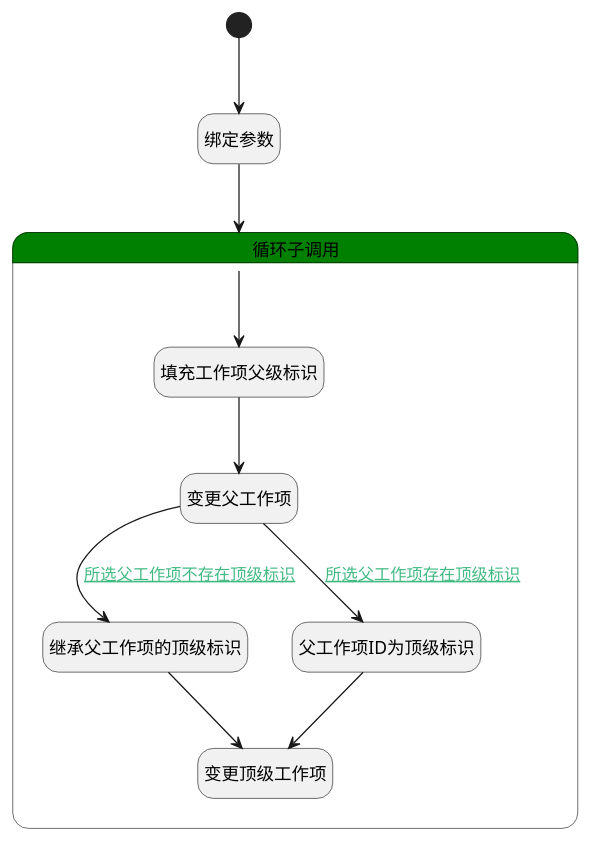
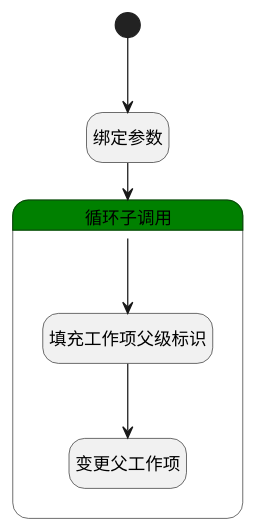
One commit to iBizLab/plm changed the diagram in doc/docsify/module/ProjMgmt/work_item/logic/change_parent.md. Above: the diagram before and after it, drawn with PlantUML. The commit also changed other lines of this file and 1068 other files, not shown here.

````diff
--- a/doc/docsify/module/ProjMgmt/work_item/logic/change_parent.md
+++ b/doc/docsify/module/ProjMgmt/work_item/logic/change_parent.md
@@ -7,33 +7,26 @@
 ```plantuml
 @startuml
 hide empty description
 <style>
 root {
   HyperlinkColor #42b983
 }
 </style>
 
 hide empty description
 state "开始" as Begin <<start>> [[$./change_parent#begin {"开始"}]]
 state "绑定参数" as BINDPARAM1  [[$./change_parent#bindparam1 {"绑定参数"}]]
 state "循环子调用" as LOOPSUBCALL1  [[$./change_parent#loopsubcall1 {"循环子调用"}]] #green {
 state "填充工作项父级标识" as PREPAREPARAM1  [[$./change_parent#prepareparam1 {"填充工作项父级标识"}]]
 state "变更父工作项" as DEACTION1  [[$./change_parent#deaction1 {"变更父工作项"}]]
-state "继承父工作项的顶级标识" as PREPAREPARAM2  [[$./change_parent#prepareparam2 {"继承父工作项的顶级标识"}]]
-state "父工作项ID为顶级标识" as PREPAREPARAM3  [[$./change_parent#prepareparam3 {"父工作项ID为顶级标识"}]]
-state "变更顶级工作项" as DELOGIC1  [[$./change_parent#delogic1 {"变更顶级工作项"}]]
 }
 
 
 Begin --> BINDPARAM1
 BINDPARAM1 --> LOOPSUBCALL1
 LOOPSUBCALL1 --> PREPAREPARAM1
 PREPAREPARAM1 --> DEACTION1
-DEACTION1 --> PREPAREPARAM2 : [[$./change_parent#deaction1-prepareparam2{所选父工作项不存在顶级标识} 所选父工作项不存在顶级标识]]
-PREPAREPARAM2 --> DELOGIC1
-DEACTION1 --> PREPAREPARAM3 : [[$./change_parent#deaction1-prepareparam3{所选父工作项存在顶级标识} 所选父工作项存在顶级标识]]
-PREPAREPARAM3 --> DELOGIC1
 
 
 @enduml
 ```
````
